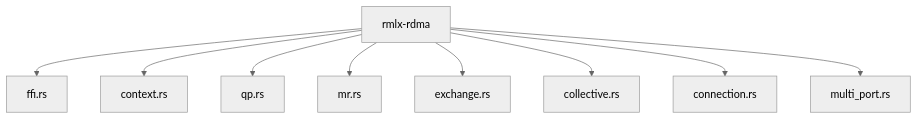
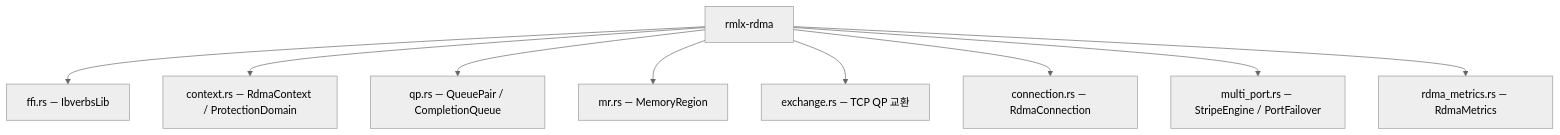
One commit to 0xDaizz/RMLX changed the first of 4 diagrams in docs/crates/rmlx-rdma.md. Above: the diagram before and after it, drawn with Mermaid (neutral theme). The commit also changed other lines of this file and 11 other files, not shown here.

````diff
--- a/docs/crates/rmlx-rdma.md
+++ b/docs/crates/rmlx-rdma.md
@@ -13,11 +13,11 @@
 ```mermaid
 graph TD
-    A[rmlx-rdma] --> B[ffi.rs]
-    A --> C[context.rs]
-    A --> D[qp.rs]
-    A --> E[mr.rs]
-    A --> F[exchange.rs]
-    A --> G[collective.rs]
-    A --> H[connection.rs]
-    A --> I[multi_port.rs]
+    A[rmlx-rdma] --> B[ffi.rs — IbverbsLib]
+    A --> C[context.rs — RdmaContext / ProtectionDomain]
+    A --> D[qp.rs — QueuePair / CompletionQueue]
+    A --> E[mr.rs — MemoryRegion]
+    A --> F[exchange.rs — TCP QP 교환]
+    A --> G[connection.rs — RdmaConnection]
+    A --> H[multi_port.rs — StripeEngine / PortFailover]
+    A --> I[rdma_metrics.rs — RdmaMetrics]
 ```
````
